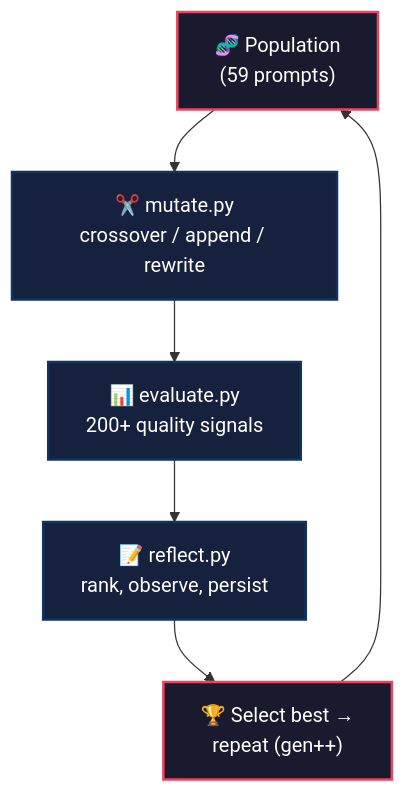
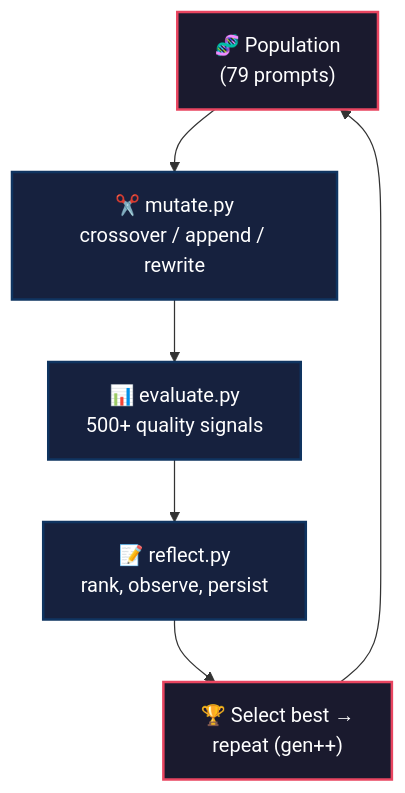
The first of 2 diagrams in README.md (NullLabTests/autoresearch-ai-agent-skeleton), drawn with Mermaid before and after one commit. The commit also changed 5 other files, not shown here.

````diff
--- a/README.md
+++ b/README.md
@@ -26,14 +26,14 @@
 ```mermaid
 graph TD
-    P["🧬 Population<br/>(59 prompts)"] --> M["✂️ mutate.py<br/>crossover / append / rewrite"]
-    M --> E["📊 evaluate.py<br/>200+ quality signals"]
+    P["🧬 Population<br/>(79 prompts)"] --> M["✂️ mutate.py<br/>crossover / append / rewrite"]
+    M --> E["📊 evaluate.py<br/>500+ quality signals"]
     E --> R["📝 reflect.py<br/>rank, observe, persist"]
     R --> S["🏆 Select best →<br/>repeat (gen++)"]
     S --> P
 
     style P fill:#1a1a2e,stroke:#e94560,stroke-width:2px,color:#fff
     style M fill:#16213e,stroke:#0f3460,stroke-width:2px,color:#fff
     style E fill:#16213e,stroke:#0f3460,stroke-width:2px,color:#fff
     style R fill:#16213e,stroke:#0f3460,stroke-width:2px,color:#fff
     style S fill:#1a1a2e,stroke:#e94560,stroke-width:2px,color:#fff
 ```
````
